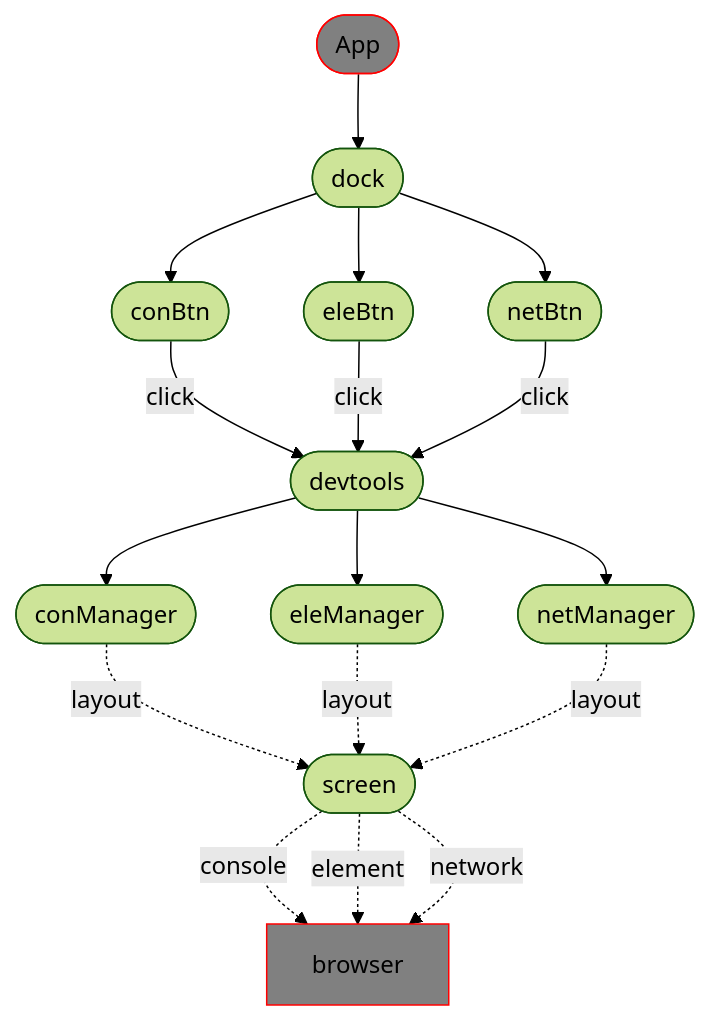
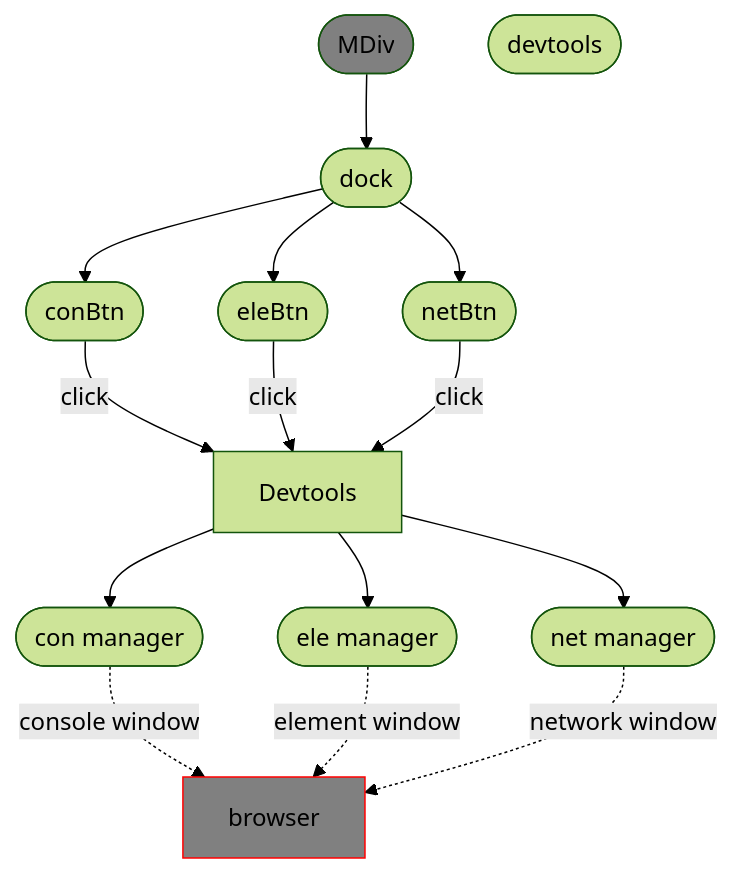
The first of 2 diagrams in README.md (moo-m/MDev), drawn with Mermaid (forest theme) before and after one commit. The commit also changed other lines of this file, not shown here.

````diff
--- a/README.md
+++ b/README.md
@@ -91,45 +91,41 @@
 ```mermaid
 flowchart TB
 
-app([App])
+App([MDiv])
 
-dock([dock])
+Dock([dock])
 
-app --> dock
+App --> Dock
 
-conBtn([conBtn])
-eleBtn([eleBtn])
-netBtn([netBtn])
+ConBtn([conBtn])
+EleBtn([eleBtn])
+NetBtn([netBtn])
 
-dock --> conBtn
-dock --> eleBtn
-dock --> netBtn
+Dock --> ConBtn
+Dock --> EleBtn
+Dock --> NetBtn
 
-devtools([devtools])
+DevTools([devtools])
 
-conBtn --> |click| devtools
-eleBtn --> |click| devtools
-netBtn --> |click| devtools
+ConBtn --> |click| Devtools
+EleBtn --> |click| Devtools
+NetBtn --> |click| Devtools
 
-conManager([conManager])
-eleManager([eleManager])
-netManager([netManager])
+ConManager([con manager])
+EleManager([ele manager])
+NetManager([net manager])
 
-devtools --> conManager
-devtools --> eleManager
-devtools --> netManager
+Devtools --> ConManager
+Devtools --> EleManager
+Devtools --> NetManager
 
-screen([screen])
+Browser[browser]
 
-conManager -. layout .-> screen
-eleManager -. layout .-> screen
-netManager -. layout .-> screen
+ConManager -. console window .-> Browser
+EleManager -. element window .-> Browser
+NetManager -. network window .-> Browser
 
-screen -.->|console| browser[browser]
-screen -.->|element| browser[browser]
-screen -.->|network| browser[browser]
-
-style app fill:gray,stroke:red
-style browser fill:gray,stroke:red
+style App fill:gray,stoke:red
+style Browser fill:gray,stroke:red
 
 ```
````
